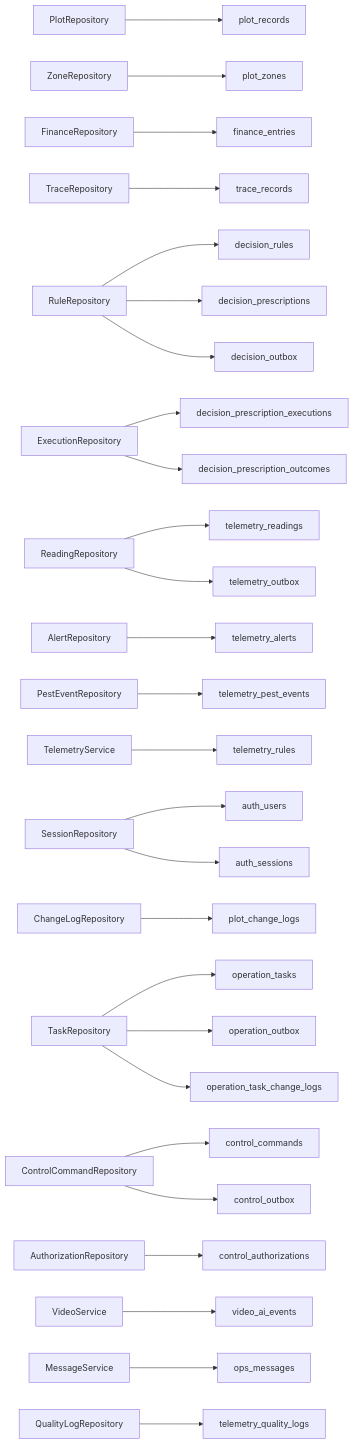
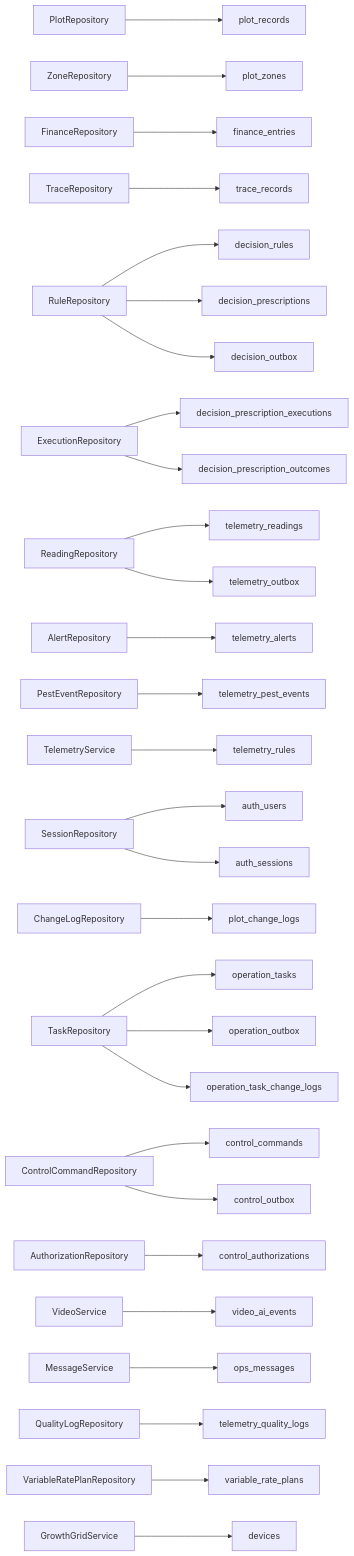
Before and after one commit to q446328246/agri-platform: diagram 23 of 37 in .qoder/repowiki/zh/content/数据库设计/数据库设计.md, drawn with Mermaid. The commit also changed other lines of this file and 14 other files, not shown here.

````diff
--- a/.qoder/repowiki/zh/content/数据库设计/数据库设计.md
+++ b/.qoder/repowiki/zh/content/数据库设计/数据库设计.md
@@ -1694,29 +1882,31 @@
 ```mermaid
 graph LR
 PR["PlotRepository"] --> T1["plot_records"]
 ZR["ZoneRepository"] --> T16["plot_zones"]
 FR["FinanceRepository"] --> T2["finance_entries"]
 TR["TraceRepository"] --> T3["trace_records"]
 RR["RuleRepository"] --> T4["decision_rules"]
 RR --> T5["decision_prescriptions"]
 RR --> T10["decision_outbox"]
 ER["ExecutionRepository"] --> T6["decision_prescription_executions"]
 ER --> T7["decision_prescription_outcomes"]
 RL["ReadingRepository"] --> T8["telemetry_readings"]
 AL["AlertRepository"] --> T9["telemetry_alerts"]
 RL --> T11["telemetry_outbox"]
 PE["PestEventRepository"] --> T15["telemetry_pest_events"]
 TRU["TelemetryService"] --> T14["telemetry_rules"]
 SR["SessionRepository"] --> T12["auth_users"]
 SR --> T13["auth_sessions"]
 CLR["ChangeLogRepository"] --> T18["plot_change_logs"]
 TSR["TaskRepository"] --> T19["operation_tasks"]
 TSR --> T20["operation_outbox"]
 TSR --> T23["operation_task_change_logs"]
 CCR["ControlCommandRepository"] --> T21["control_commands"]
 CCR --> T22["control_outbox"]
 AUR["AuthorizationRepository"] --> T27["control_authorizations"]
 VR["VideoService"] --> T24["video_ai_events"]
 MS["MessageService"] --> T25["ops_messages"]
 QL["QualityLogRepository"] --> T26["telemetry_quality_logs"]
+VRR["VariableRatePlanRepository"] --> T28["variable_rate_plans"]
+GG["GrowthGridService"] --> T29["devices"]
 ```
````
